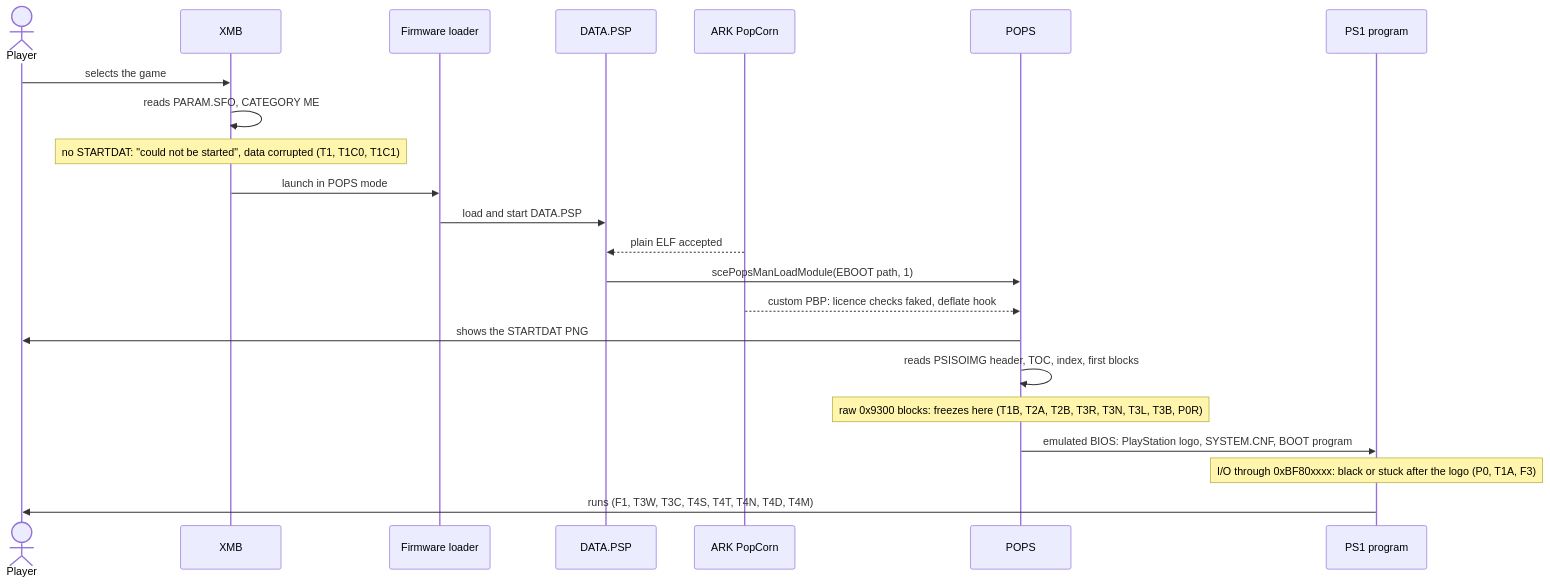
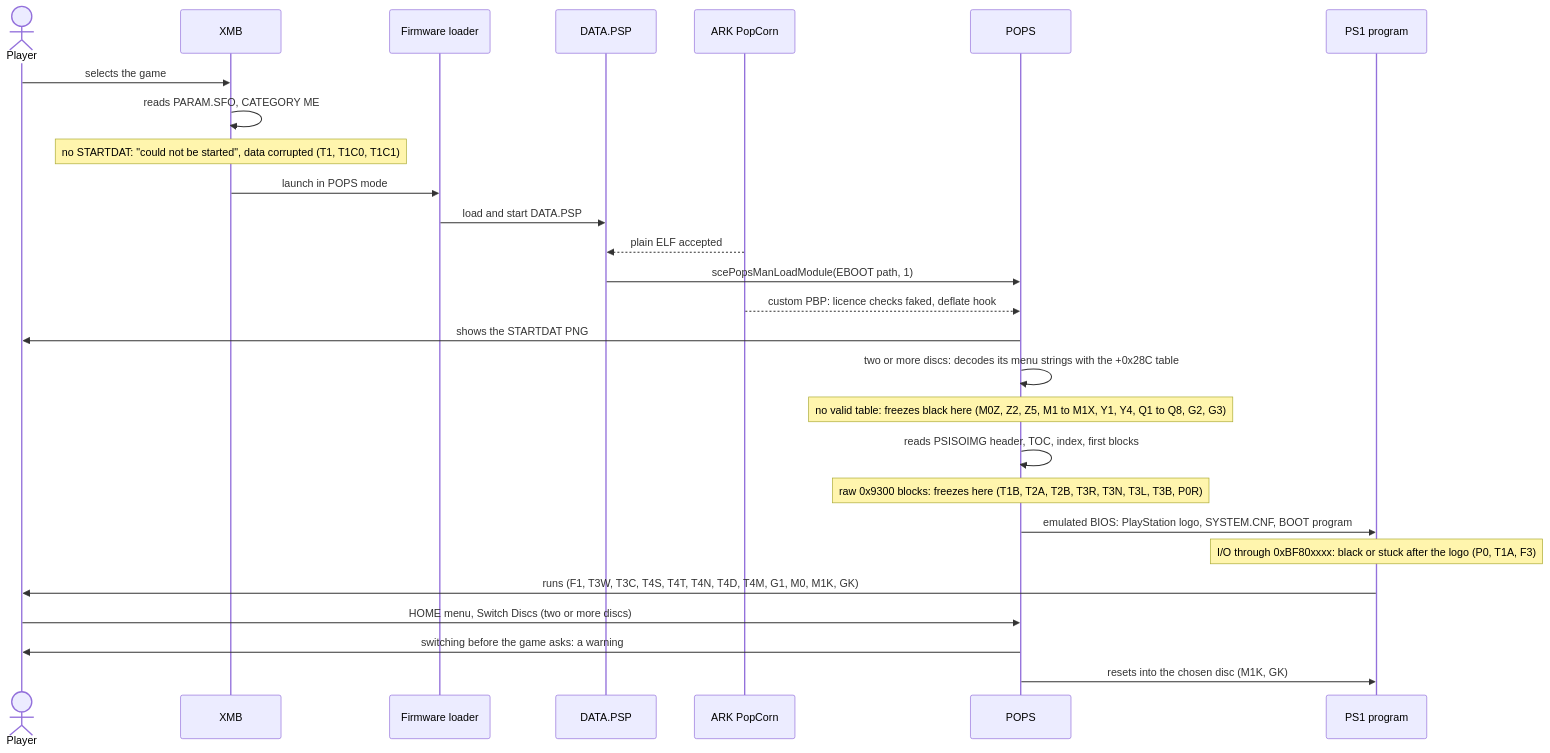
The fifth of 8 diagrams in docs/development/pops.md (chiva/skiff), drawn with Mermaid before and after one commit. The commit also changed other lines of this file, not shown here.

First line of the commit message:
docs: add multi-disc and the POPS table to the POPS reference

````diff
--- a/docs/development/pops.md
+++ b/docs/development/pops.md
@@ -419,24 +452,29 @@
 ```mermaid
 sequenceDiagram
     actor Player
     participant XMB
     participant FW as Firmware loader
     participant DP as DATA.PSP
     participant ARK as ARK PopCorn
     participant POPS
     participant Game as PS1 program
     Player->>XMB: selects the game
     XMB->>XMB: reads PARAM.SFO, CATEGORY ME
     Note over XMB: no STARTDAT: "could not be started", data corrupted (T1, T1C0, T1C1)
     XMB->>FW: launch in POPS mode
     FW->>DP: load and start DATA.PSP
     ARK-->>DP: plain ELF accepted
     DP->>POPS: scePopsManLoadModule(EBOOT path, 1)
     ARK-->>POPS: custom PBP: licence checks faked, deflate hook
     POPS->>Player: shows the STARTDAT PNG
+    POPS->>POPS: two or more discs: decodes its menu strings with the +0x28C table
+    Note over POPS: no valid table: freezes black here (M0Z, Z2, Z5, M1 to M1X, Y1, Y4, Q1 to Q8, G2, G3)
     POPS->>POPS: reads PSISOIMG header, TOC, index, first blocks
     Note over POPS: raw 0x9300 blocks: freezes here (T1B, T2A, T2B, T3R, T3N, T3L, T3B, P0R)
     POPS->>Game: emulated BIOS: PlayStation logo, SYSTEM.CNF, BOOT program
     Note over Game: I/O through 0xBF80xxxx: black or stuck after the logo (P0, T1A, F3)
-    Game->>Player: runs (F1, T3W, T3C, T4S, T4T, T4N, T4D, T4M)
+    Game->>Player: runs (F1, T3W, T3C, T4S, T4T, T4N, T4D, T4M, G1, M0, M1K, GK)
+    Player->>POPS: HOME menu, Switch Discs (two or more discs)
+    POPS->>Player: switching before the game asks: a warning
+    POPS->>Game: resets into the chosen disc (M1K, GK)
 ```
````
